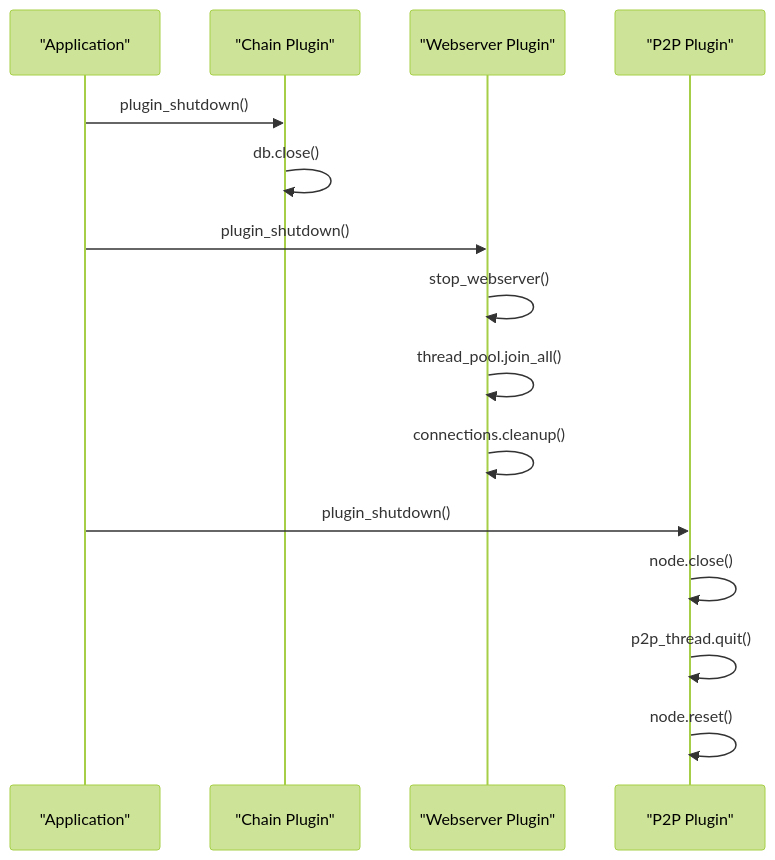
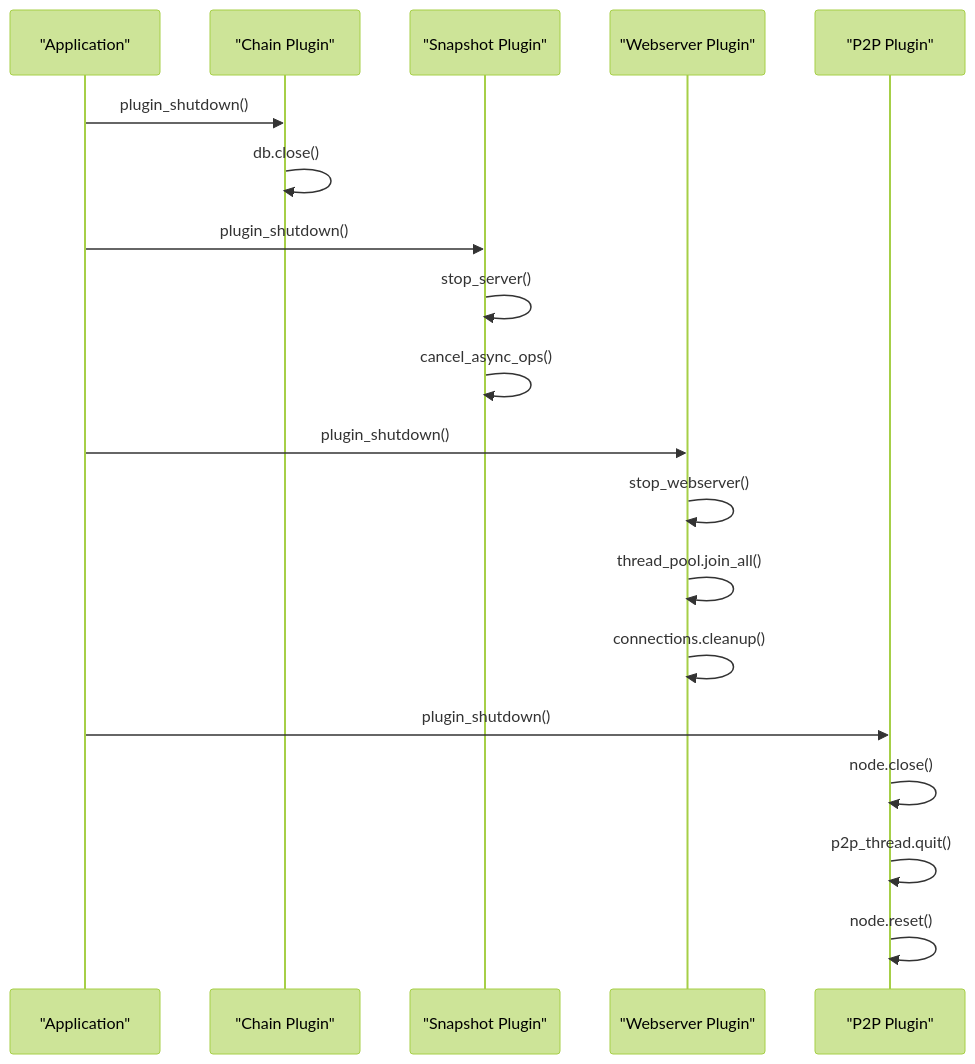
One commit to VIZ-Blockchain/viz-cpp-node changed the eighth of 14 diagrams in .qoder/repowiki/en/content/Architecture Overview/Plugin Architecture/Plugin Architecture.md. Above: the diagram before and after it, drawn with Mermaid (forest theme). The commit also changed other lines of this file and 9 other files, not shown here.

````diff
--- a/.qoder/repowiki/en/content/Architecture Overview/Plugin Architecture/Plugin Architecture.md
+++ b/.qoder/repowiki/en/content/Architecture Overview/Plugin Architecture/Plugin Architecture.md
@@ -324,17 +364,21 @@
 ```mermaid
 sequenceDiagram
 participant App as "Application"
 participant Chain as "Chain Plugin"
+participant Snapshot as "Snapshot Plugin"
 participant WS as "Webserver Plugin"
 participant P2P as "P2P Plugin"
 App->>Chain : plugin_shutdown()
 Chain->>Chain : db.close()
+App->>Snapshot : plugin_shutdown()
+Snapshot->>Snapshot : stop_server()
+Snapshot->>Snapshot : cancel_async_ops()
 App->>WS : plugin_shutdown()
 WS->>WS : stop_webserver()
 WS->>WS : thread_pool.join_all()
 WS->>WS : connections.cleanup()
 App->>P2P : plugin_shutdown()
 P2P->>P2P : node.close()
 P2P->>P2P : p2p_thread.quit()
 P2P->>P2P : node.reset()
 ```
````
